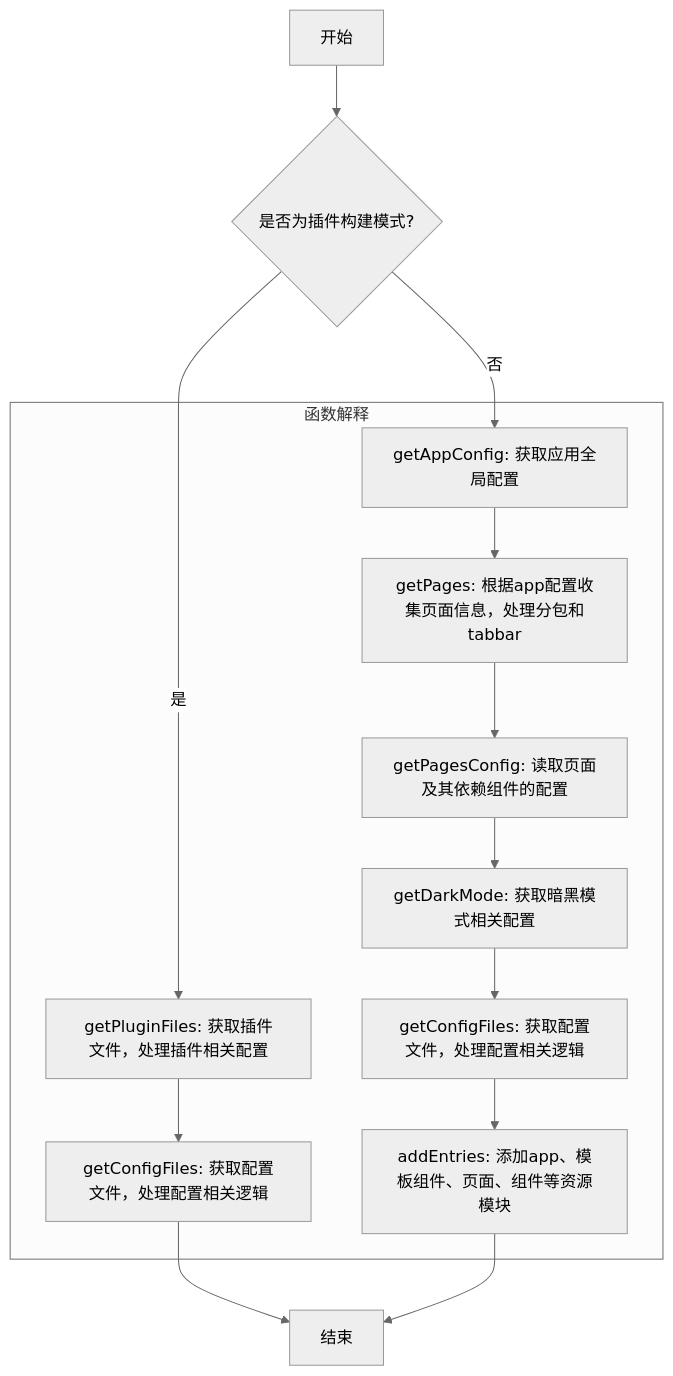
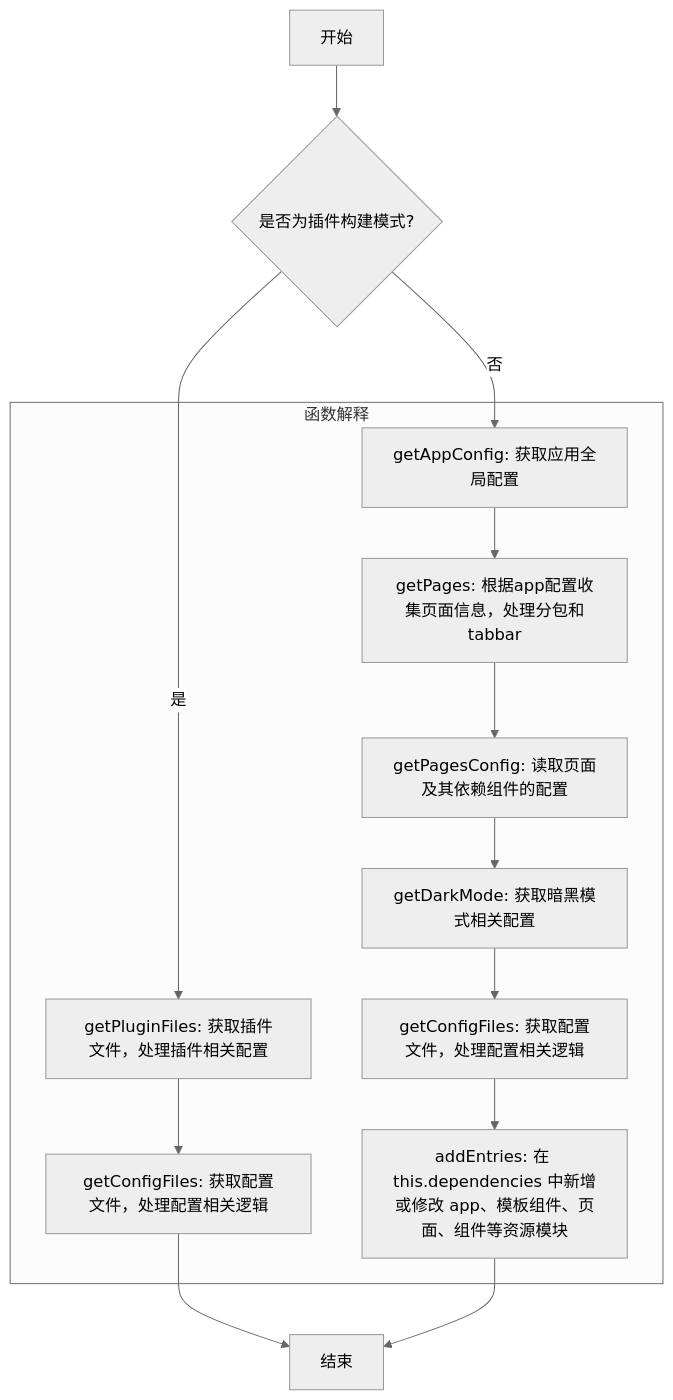
One commit to ruochuan12/blog changed the diagram in docs/taro/mini-plugin-2/README.md. Above: the diagram before and after it, drawn with Mermaid (neutral theme). The commit also changed other lines of this file and 16 other files, not shown here.

````diff
--- a/docs/taro/mini-plugin-2/README.md
+++ b/docs/taro/mini-plugin-2/README.md
@@ -117,25 +119,25 @@
 ```mermaid
 graph TD
     A[开始] --> B{是否为插件构建模式?}
     B -- 是 --> C[调用 getPluginFiles]
     C --> D[调用 getConfigFiles]
     B -- 否 --> E[调用 getAppConfig]
     E --> F[调用 getPages]
     F --> G[调用 getPagesConfig]
     G --> H[调用 getDarkMode]
     H --> I[调用 getConfigFiles]
     I --> J[调用 addEntries]
     D --> K[结束]
     J --> K
 
     subgraph 函数解释
         C["getPluginFiles: 获取插件文件，处理插件相关配置"]
         D["getConfigFiles: 获取配置文件，处理配置相关逻辑"]
         E["getAppConfig: 获取应用全局配置"]
         F["getPages: 根据app配置收集页面信息，处理分包和tabbar"]
         G["getPagesConfig: 读取页面及其依赖组件的配置"]
         H["getDarkMode: 获取暗黑模式相关配置"]
         I["getConfigFiles: 获取配置文件，处理配置相关逻辑"]
-        J["addEntries: 添加app、模板组件、页面、组件等资源模块"]
+        J["addEntries: 在 this.dependencies 中新增或修改 app、模板组件、页面、组件等资源模块"]
     end
 ```
````
